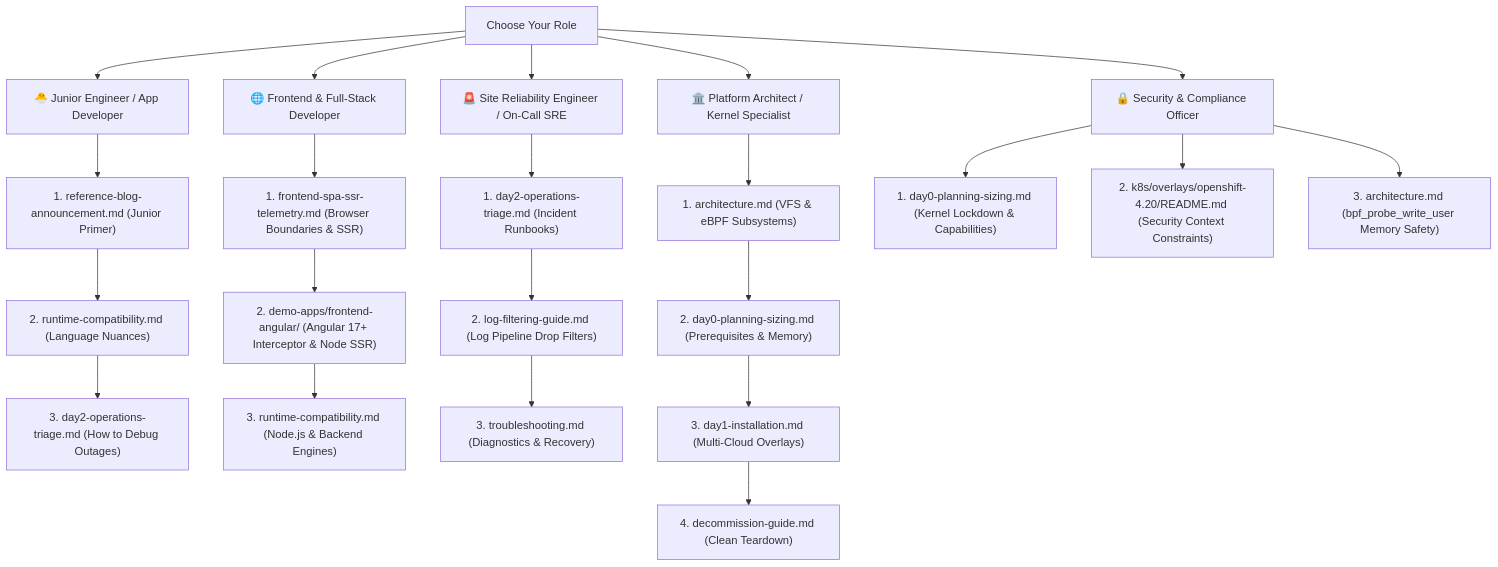
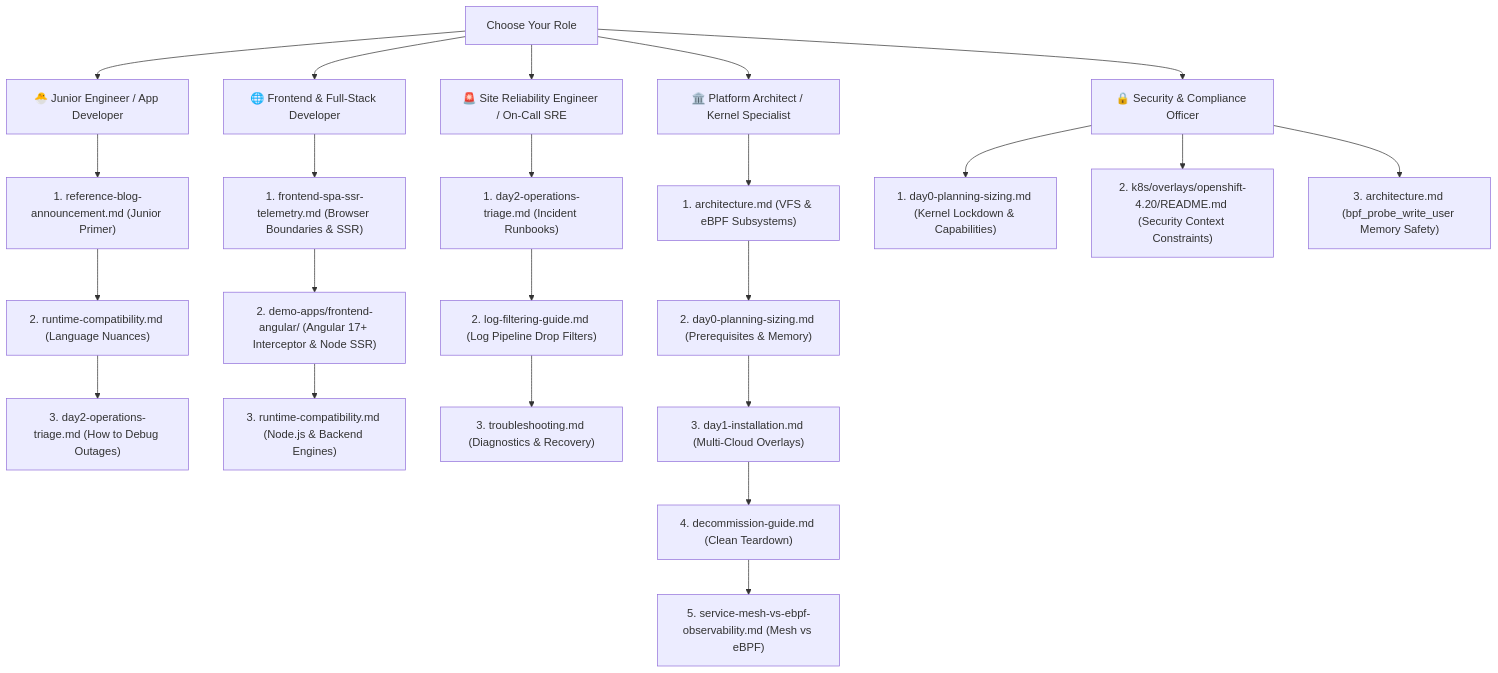
One commit to nubenetes/obi-trace-log-correlation changed the second of 2 diagrams in README.md. Above: the diagram before and after it, drawn with Mermaid. The commit also changed other lines of this file and 12 other files, not shown here.

Commit message:
docs: add Service Mesh (Istio Ambient) vs. Kernel eBPF Observability comparison guide

````diff
--- a/README.md
+++ b/README.md
@@ -803,29 +807,30 @@
 ```mermaid
 flowchart TD
     Start["Choose Your Role"] --> Junior["🐣 Junior Engineer / App Developer"]
     Start --> Frontend["🌐 Frontend & Full-Stack Developer"]
     Start --> SRE["🚨 Site Reliability Engineer / On-Call SRE"]
     Start --> Platform["🏛️ Platform Architect / Kernel Specialist"]
     Start --> SecOps["🔒 Security & Compliance Officer"]
 
     Junior --> J1["1. reference-blog-announcement.md (Junior Primer)"]
     J1 --> J2["2. runtime-compatibility.md (Language Nuances)"]
     J2 --> J3["3. day2-operations-triage.md (How to Debug Outages)"]
 
     Frontend --> F1["1. frontend-spa-ssr-telemetry.md (Browser Boundaries & SSR)"]
     F1 --> F2["2. demo-apps/frontend-angular/ (Angular 17+ Interceptor & Node SSR)"]
     F2 --> F3["3. runtime-compatibility.md (Node.js & Backend Engines)"]
 
     SRE --> S1["1. day2-operations-triage.md (Incident Runbooks)"]
     S1 --> S2["2. log-filtering-guide.md (Log Pipeline Drop Filters)"]
     S2 --> S3["3. troubleshooting.md (Diagnostics & Recovery)"]
 
     Platform --> P1["1. architecture.md (VFS & eBPF Subsystems)"]
     P1 --> P2["2. day0-planning-sizing.md (Prerequisites & Memory)"]
     P2 --> P3["3. day1-installation.md (Multi-Cloud Overlays)"]
     P3 --> P4["4. decommission-guide.md (Clean Teardown)"]
+    P4 --> P5["5. service-mesh-vs-ebpf-observability.md (Mesh vs eBPF)"]
 
     SecOps --> SC1["1. day0-planning-sizing.md (Kernel Lockdown & Capabilities)"]
     SecOps --> SC2["2. k8s/overlays/openshift-4.20/README.md (Security Context Constraints)"]
     SecOps --> SC3["3. architecture.md (bpf_probe_write_user Memory Safety)"]
 ```
````
